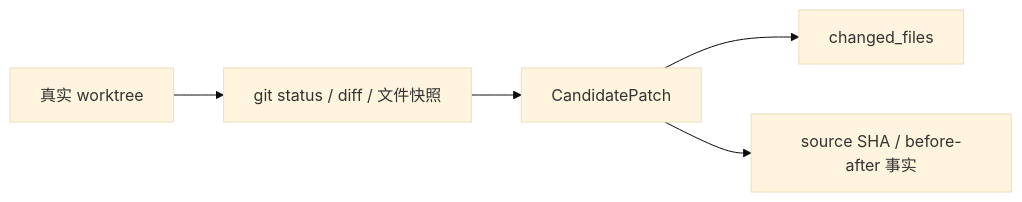
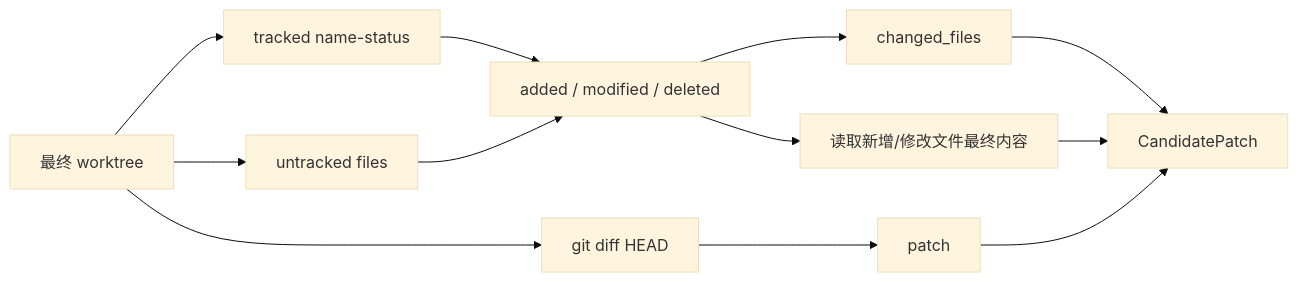
The tenth of 11 diagrams in docs/07-coding-workspace-and-verification.md (Arthur999459up/GitAgent), drawn with Mermaid (base theme) before and after one commit. The commit also changed other lines of this file and 3 other files, not shown here.

````diff
--- a/docs/07-coding-workspace-and-verification.md
+++ b/docs/07-coding-workspace-and-verification.md
@@ -195,7 +343,14 @@
 ```mermaid
 flowchart LR
-    W[真实 worktree] --> S[git status / diff / 文件快照]
-    S --> P[CandidatePatch]
-    P --> F[changed_files]
-    P --> B[source SHA / before-after 事实]
+    A[最终 worktree] --> B[tracked name-status]
+    A --> C[untracked files]
+    A --> D[git diff HEAD]
+    B --> E[added / modified / deleted]
+    C --> E
+    E --> F[changed_files]
+    D --> G[patch]
+    E --> H[读取新增/修改文件最终内容]
+    F --> I[CandidatePatch]
+    G --> I
+    H --> I
 ```
````
